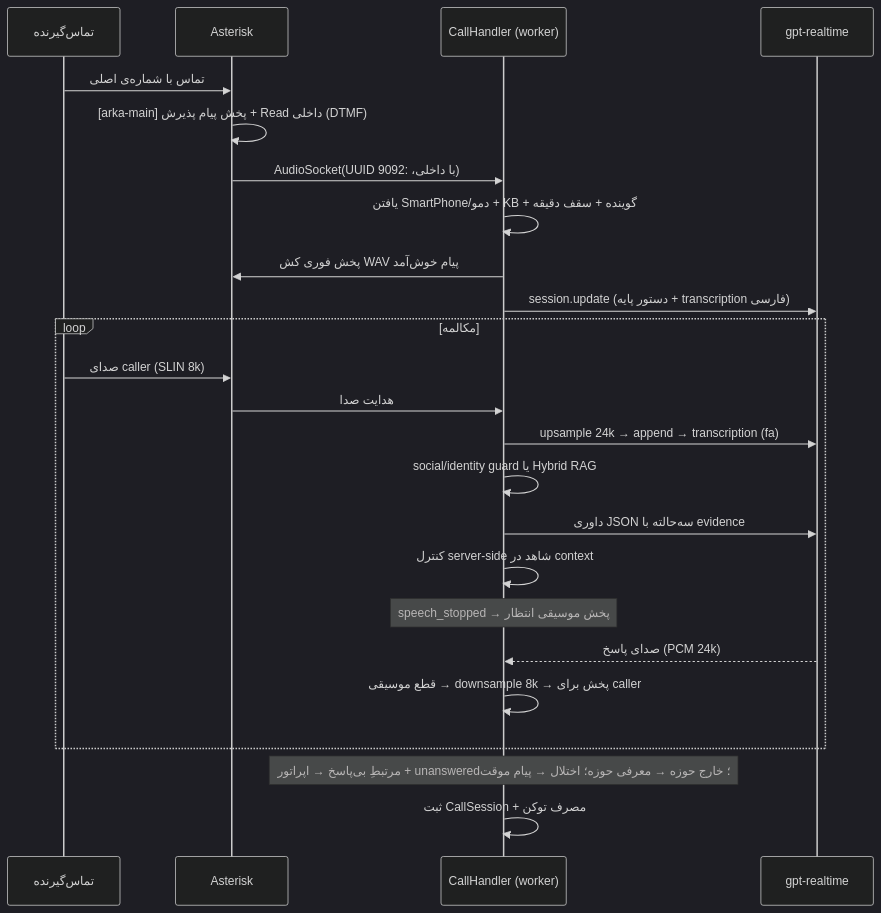
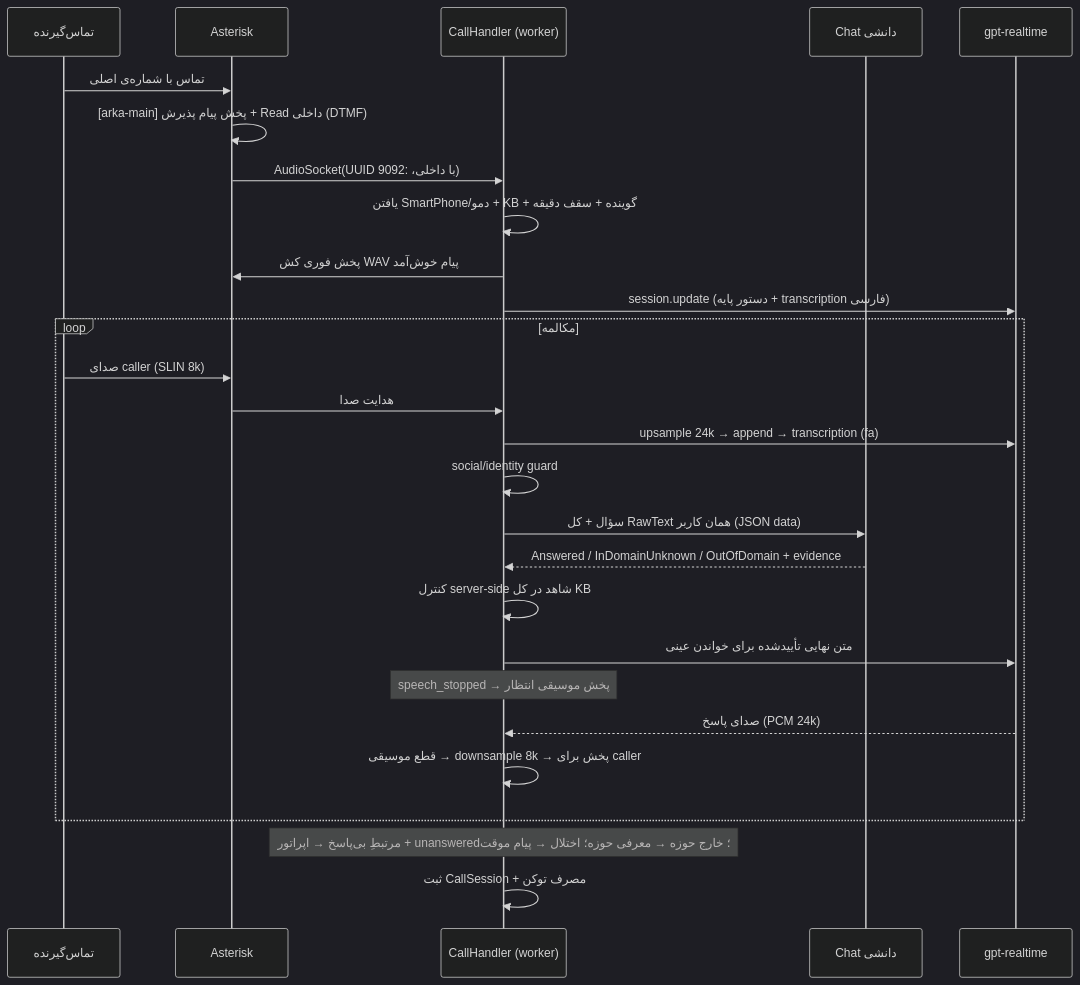
Before and after one commit to mohamadkheiry/ArkaCallCenterDemo: the seventh of 8 diagrams in docs/ARCHITECTURE.md, drawn with Mermaid (dark theme). The commit also changed other lines of this file and 18 other files, not shown here.

````diff
--- a/docs/ARCHITECTURE.md
+++ b/docs/ARCHITECTURE.md
@@ -279,26 +279,29 @@
 ```mermaid
 sequenceDiagram
     participant C as تماس‌گیرنده
     participant PBX as Asterisk
     participant W as CallHandler (worker)
+    participant K as Chat دانشی
     participant O as gpt-realtime
     C->>PBX: تماس با شماره‌ی اصلی
     PBX->>PBX: [arka-main] پخش پیام پذیرش + Read داخلی (DTMF)
     PBX->>W: AudioSocket(UUID با داخلی، :9092)
     W->>W: یافتن SmartPhone/دمو + KB + گوینده + سقف دقیقه
     W->>PBX: پخش فوری کش WAV پیام خوش‌آمد
     W->>O: session.update (دستور پایه + transcription فارسی)
     loop مکالمه
       C->>PBX: صدای caller (SLIN 8k)
       PBX->>W: هدایت صدا
       W->>O: upsample 24k → append → transcription (fa)
-      W->>W: social/identity guard یا Hybrid RAG
-      W->>O: داوری JSON سه‌حالته با evidence
-      W->>W: کنترل server-side شاهد در context
+      W->>W: social/identity guard
+      W->>K: سؤال + کل RawText همان کاربر (JSON data)
+      K-->>W: Answered / InDomainUnknown / OutOfDomain + evidence
+      W->>W: کنترل server-side شاهد در کل KB
+      W->>O: متن نهایی تأییدشده برای خواندن عینی
       Note over W: speech_stopped → پخش موسیقی انتظار
       O-->>W: صدای پاسخ (PCM 24k)
       W->>W: قطع موسیقی → downsample 8k → پخش برای caller
     end
     Note over W: مرتبطِ بی‌پاسخ → اپراتور + unanswered؛ خارج حوزه → معرفی حوزه؛ اختلال → پیام موقت
     W->>W: ثبت CallSession + مصرف توکن
 ```
````
